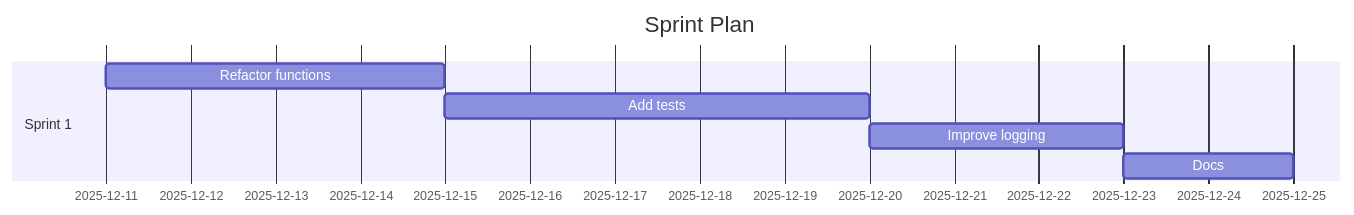
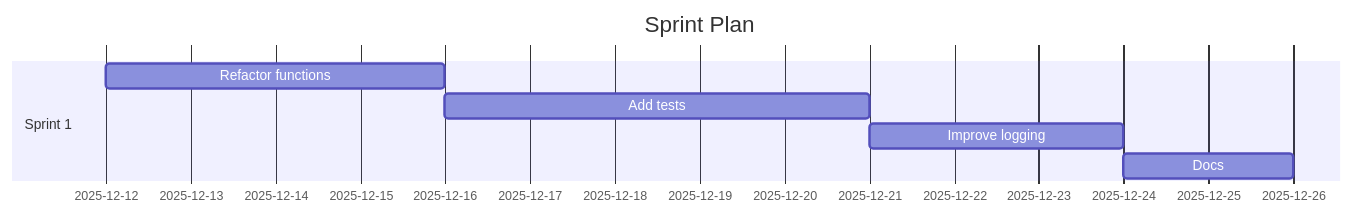
Before and after one commit to Anselmoo/mcp-ai-agent-guidelines: the diagram in demos/demo-code-analysis.sprint.md, drawn with Mermaid. The commit also changed other lines of this file and 21 other files, not shown here.

````diff
--- a/demos/demo-code-analysis.sprint.md
+++ b/demos/demo-code-analysis.sprint.md
@@ -59,11 +59,11 @@
 ```mermaid
 gantt
 	dateFormat  YYYY-MM-DD
 	title Sprint Plan
 %% Accessibility: Title=Project Sprint Plan; Description=Gantt chart of sprints and tasks over time. %%
   section Sprint 1
-  Refactor functions :s1t0, 2025-12-11, 4d
-  Add tests :s1t1, 2025-12-15, 5d
-  Improve logging :s1t2, 2025-12-20, 3d
-  Docs :s1t3, 2025-12-23, 2d
+  Refactor functions :s1t0, 2025-12-12, 4d
+  Add tests :s1t1, 2025-12-16, 5d
+  Improve logging :s1t2, 2025-12-21, 3d
+  Docs :s1t3, 2025-12-24, 2d
 ```
````
